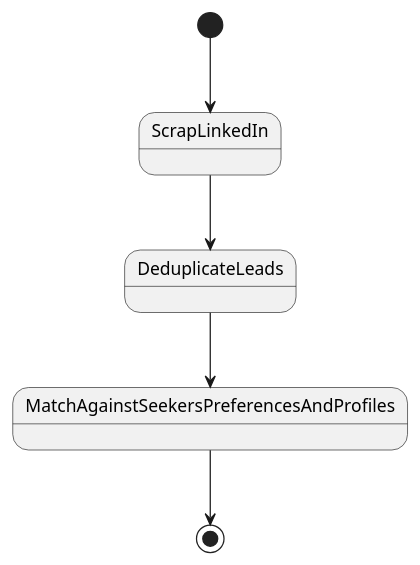
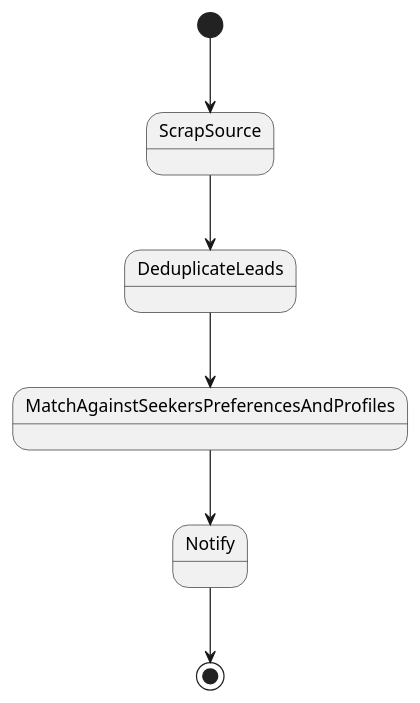
Before and after one commit to kgignatyev/full-stack-seed: the diagram in fss-sboot-service/src/main/resources/com/kgignatyev/fss/service/automation/impl/payments_wf/LeadAcquisitionWorkflow.plantuml, drawn with PlantUML. The commit also changed 36 other files, not shown here.

```diff
--- a/fss-sboot-service/src/main/resources/com/kgignatyev/fss/service/automation/impl/payments_wf/LeadAcquisitionWorkflow.plantuml
+++ b/fss-sboot-service/src/main/resources/com/kgignatyev/fss/service/automation/impl/payments_wf/LeadAcquisitionWorkflow.plantuml
@@ -1,6 +1,7 @@
 @startuml
-[*] --> ScrapLinkedIn
-ScrapLinkedIn --> DeduplicateLeads
+[*] --> ScrapSource
+ScrapSource --> DeduplicateLeads
 DeduplicateLeads --> MatchAgainstSeekersPreferencesAndProfiles
-MatchAgainstSeekersPreferencesAndProfiles --> [*]
+MatchAgainstSeekersPreferencesAndProfiles --> Notify
+Notify --> [*]
 @enduml
```
